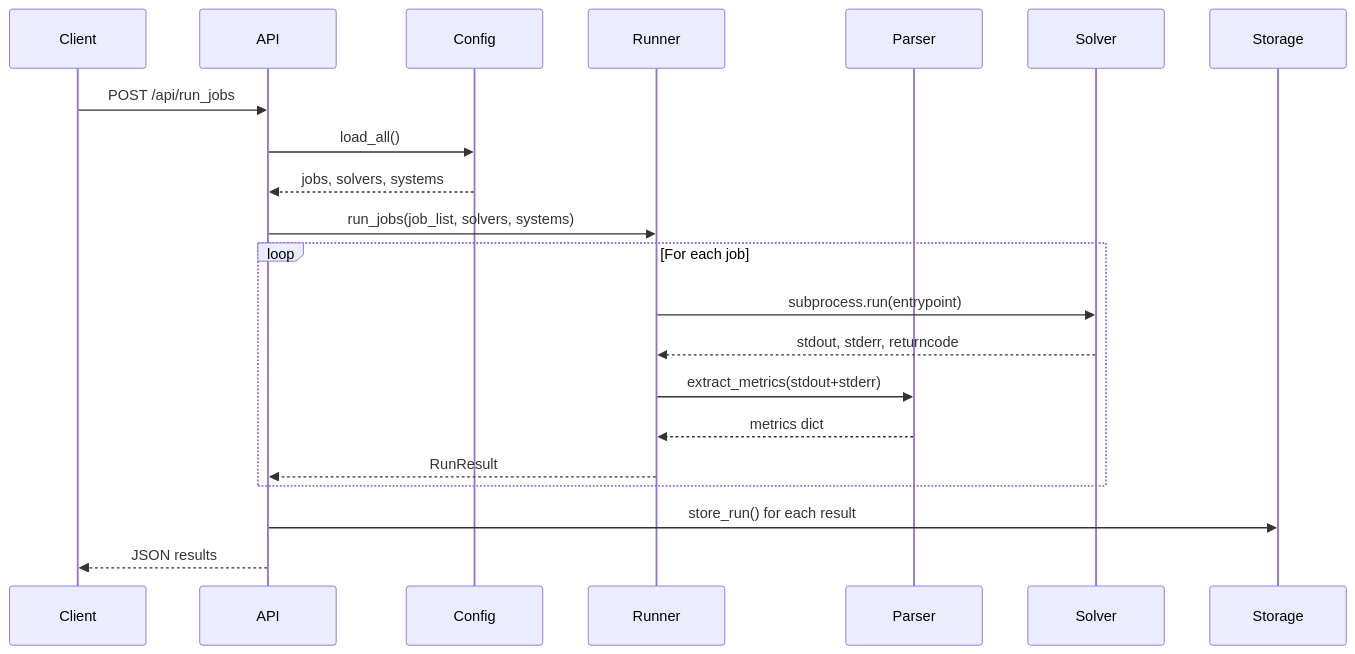
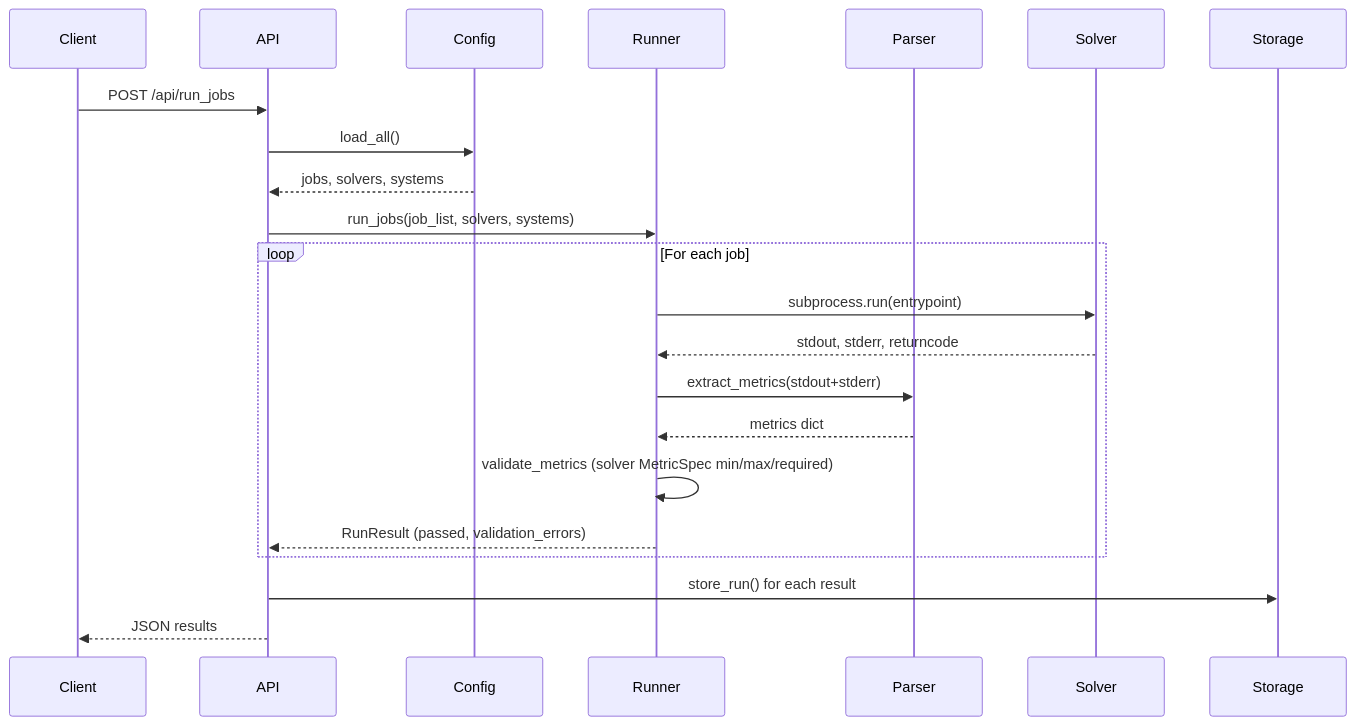
The second of 3 diagrams in docs/architecture.md (fractalclockwork/hpc-runner), drawn with Mermaid before and after one commit. The commit also changed other lines of this file and 10 other files, not shown here.

Commit message:
Added Validation Metrics to UI

````diff
--- a/docs/architecture.md
+++ b/docs/architecture.md
@@ -78,23 +78,24 @@
 ```mermaid
 sequenceDiagram
     participant Client
     participant API
     participant Config
     participant Runner
     participant Parser
     participant Solver
     participant Storage
     Client->>API: POST /api/run_jobs
     API->>Config: load_all()
     Config-->>API: jobs, solvers, systems
     API->>Runner: run_jobs(job_list, solvers, systems)
     loop For each job
         Runner->>Solver: subprocess.run(entrypoint)
         Solver-->>Runner: stdout, stderr, returncode
         Runner->>Parser: extract_metrics(stdout+stderr)
         Parser-->>Runner: metrics dict
-        Runner-->>API: RunResult
+        Runner->>Runner: validate_metrics (solver MetricSpec min/max/required)
+        Runner-->>API: RunResult (passed, validation_errors)
     end
     API->>Storage: store_run() for each result
     API-->>Client: JSON results
 ```
````
